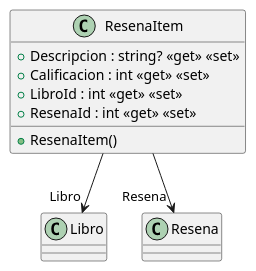
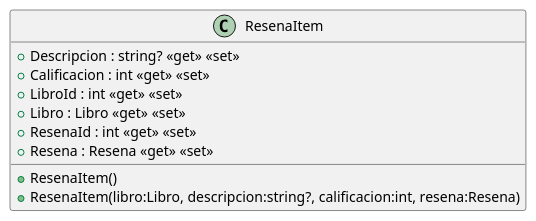
One commit to ISII2627LosElnes/ISII2627LosElnes changed the diagram in src/AppForSEII.API/ClassDiagram/ResenaItem.puml. Above: the diagram before and after it, drawn with PlantUML. The commit also changed 12 other files, not shown here.

Commit message:
Creación de la relación entre Libro y ReposicionItem

```diff
--- a/src/AppForSEII.API/ClassDiagram/ResenaItem.puml
+++ b/src/AppForSEII.API/ClassDiagram/ResenaItem.puml
@@ -1,11 +1,12 @@
 @startuml
 class ResenaItem {
     + ResenaItem()
+    + ResenaItem(libro:Libro, descripcion:string?, calificacion:int, resena:Resena)
     + Descripcion : string? <<get>> <<set>>
     + Calificacion : int <<get>> <<set>>
     + LibroId : int <<get>> <<set>>
+    + Libro : Libro <<get>> <<set>>
     + ResenaId : int <<get>> <<set>>
+    + Resena : Resena <<get>> <<set>>
 }
-ResenaItem --> "Libro" Libro
-ResenaItem --> "Resena" Resena
 @enduml
```
